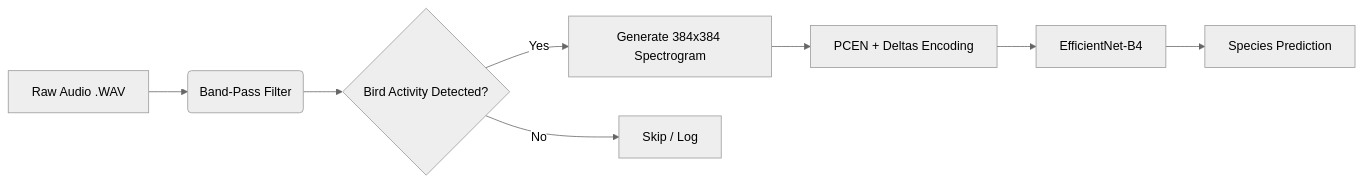
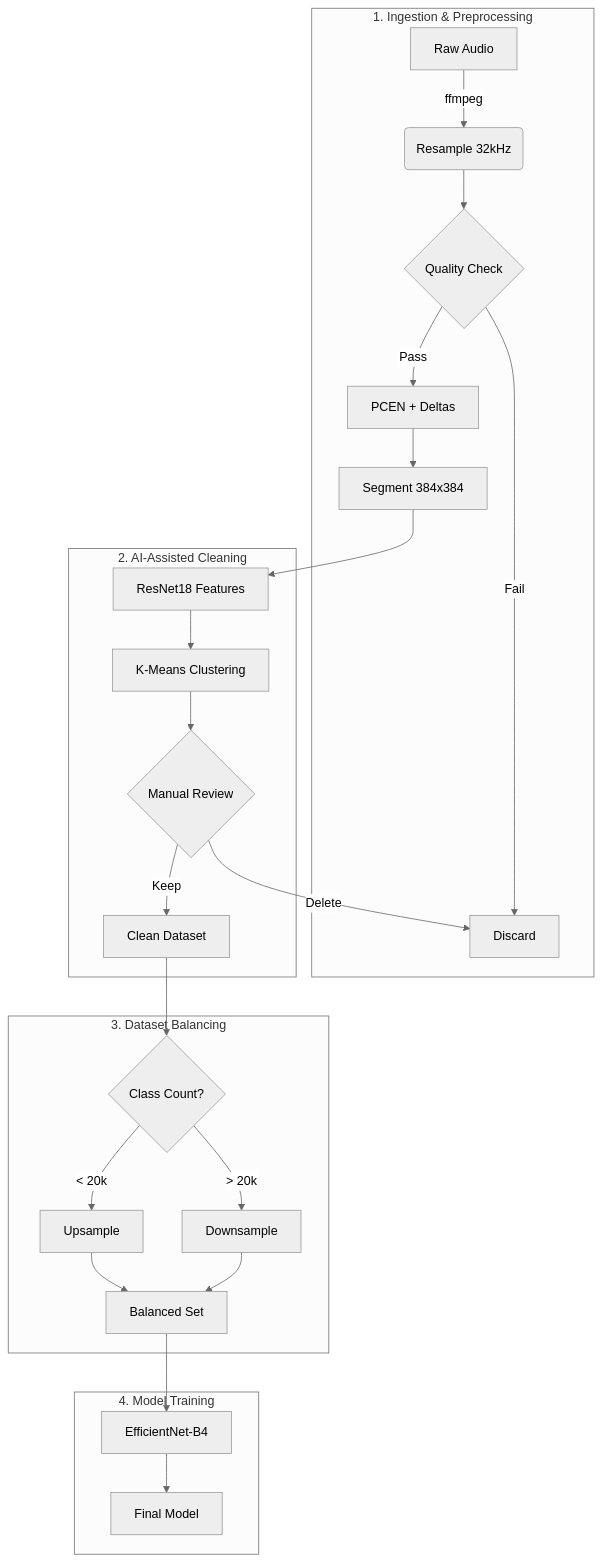
The diagram in README.md (benpratkanis/Chirp-Bird-Classifier), drawn with Mermaid (neutral theme) before and after one commit. The commit also changed other lines of this file and 34 other files, not shown here.

````diff
--- a/README.md
+++ b/README.md
@@ -78,10 +112,31 @@
 ```mermaid
-graph LR
-    A[Raw Audio .WAV] --> B(Band-Pass Filter)
-    B --> C{Bird Activity Detected?}
-    C -- Yes --> D[Generate 384x384 Spectrogram]
-    C -- No --> E[Skip / Log]
-    D --> F[PCEN + Deltas Encoding]
-    F --> G[EfficientNet-B4]
-    G --> H[Species Prediction]
+graph TD
+    subgraph Ingestion ["1. Ingestion & Preprocessing"]
+        A[Raw Audio] -->|ffmpeg| B(Resample 32kHz)
+        B --> C{Quality Check}
+        C -- Pass --> D[PCEN + Deltas]
+        C -- Fail --> X[Discard]
+        D --> E[Segment 384x384]
+    end
+
+    subgraph Cleaning ["2. AI-Assisted Cleaning"]
+        E --> F[ResNet18 Features]
+        F --> G[K-Means Clustering]
+        G --> H{Manual Review}
+        H -- Keep --> I[Clean Dataset]
+        H -- Delete --> X
+    end
+
+    subgraph Balancing ["3. Dataset Balancing"]
+        I --> J{Class Count?}
+        J -- &lt; 20k --> K[Upsample]
+        J -- &gt; 20k --> L[Downsample]
+        K --> M[Balanced Set]
+        L --> M
+    end
+
+    subgraph Training ["4. Model Training"]
+        M --> N[EfficientNet-B4]
+        N --> O[Final Model]
+    end
 ```
````
